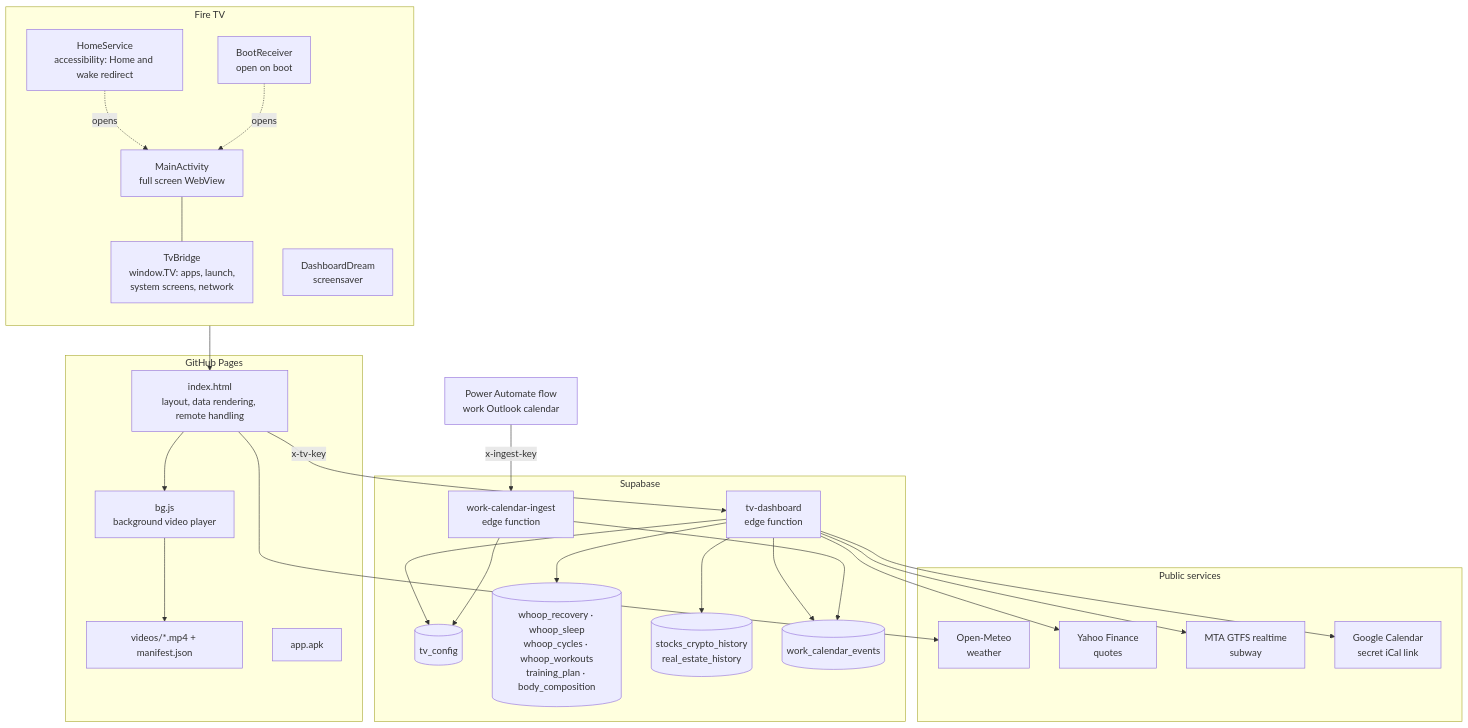
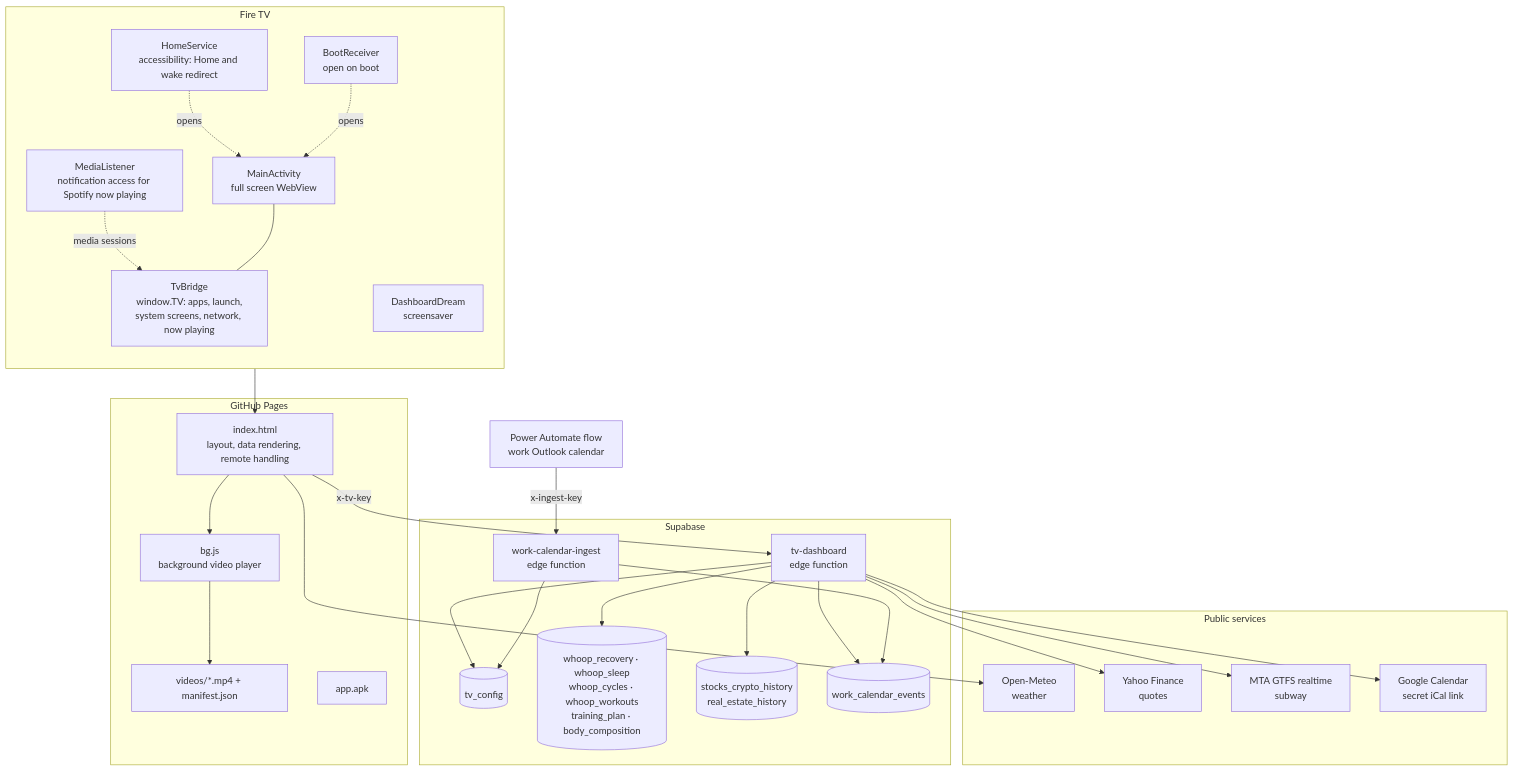
The first of 4 diagrams in docs/architecture.md (fernandomartinez-de/home-HQ), drawn with Mermaid before and after one commit. The commit also changed 6 other files, not shown here.

First line of the commit message:
Spotify now playing widget

````diff
--- a/docs/architecture.md
+++ b/docs/architecture.md
@@ -8,48 +8,50 @@
 ```mermaid
 flowchart TB
     subgraph TV["Fire TV"]
         direction TB
         MA["MainActivity<br/>full screen WebView"]
-        BR["TvBridge<br/>window.TV: apps, launch,<br/>system screens, network"]
+        BR["TvBridge<br/>window.TV: apps, launch,<br/>system screens, network, now playing"]
         HS["HomeService<br/>accessibility: Home and wake redirect"]
+        ML["MediaListener<br/>notification access for Spotify now playing"]
+        ML -. media sessions .-> BR
         DR["DashboardDream<br/>screensaver"]
         BT["BootReceiver<br/>open on boot"]
         MA --- BR
         HS -. opens .-> MA
         BT -. opens .-> MA
     end
 
     subgraph WEB["GitHub Pages"]
         IDX["index.html<br/>layout, data rendering, remote handling"]
         BG["bg.js<br/>background video player"]
         VID["videos/*.mp4 + manifest.json"]
         APK["app.apk"]
     end
 
     subgraph SUPA["Supabase"]
         TVF["tv-dashboard<br/>edge function"]
         INF["work-calendar-ingest<br/>edge function"]
         CFG[("tv_config")]
         HEALTH[("whoop_recovery · whoop_sleep<br/>whoop_cycles · whoop_workouts<br/>training_plan · body_composition")]
         FIN[("stocks_crypto_history<br/>real_estate_history")]
         WCAL[("work_calendar_events")]
     end
 
     subgraph OUT["Public services"]
         OM["Open-Meteo<br/>weather"]
         YF["Yahoo Finance<br/>quotes"]
         MTA["MTA GTFS realtime<br/>subway"]
         GCAL["Google Calendar<br/>secret iCal link"]
     end
 
     PAF["Power Automate flow<br/>work Outlook calendar"]
 
     MA --> IDX
     IDX --> BG --> VID
     IDX --> OM
     IDX -- "x-tv-key" --> TVF
     TVF --> CFG & HEALTH & FIN & WCAL
     TVF --> YF & MTA & GCAL
     PAF -- "x-ingest-key" --> INF --> WCAL
     INF --> CFG
 ```
````
